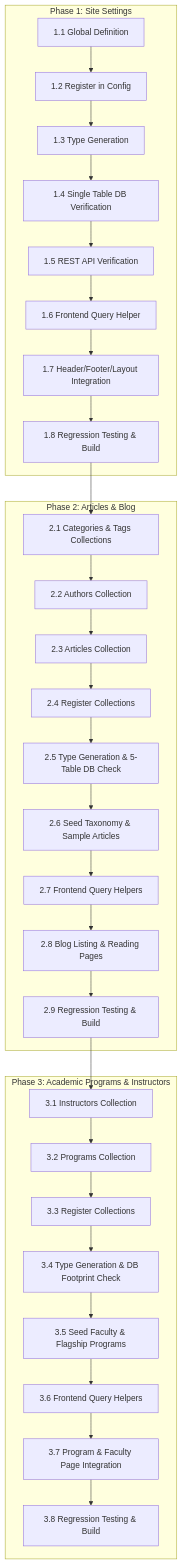
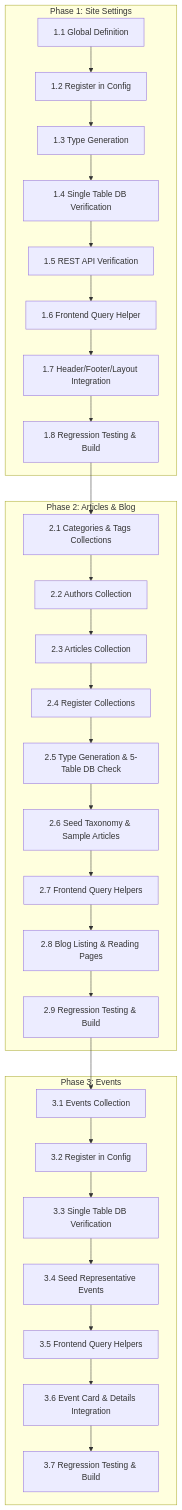
The diagram in docs/plans/README.md (nabePi/spi-web), drawn with Mermaid before and after one commit. The commit also changed other lines of this file and 11 other files, not shown here.

````diff
--- a/docs/plans/README.md
+++ b/docs/plans/README.md
@@ -9,36 +9,35 @@
 ```mermaid
 flowchart TD
     subgraph Phase 1: Site Settings
         A1[1.1 Global Definition] --> A2[1.2 Register in Config]
         A2 --> A3[1.3 Type Generation]
         A3 --> A4[1.4 Single Table DB Verification]
         A4 --> A5[1.5 REST API Verification]
         A5 --> A6[1.6 Frontend Query Helper]
         A6 --> A7[1.7 Header/Footer/Layout Integration]
         A7 --> A8[1.8 Regression Testing & Build]
     end
 
     subgraph Phase 2: Articles & Blog
         B1[2.1 Categories & Tags Collections] --> B2[2.2 Authors Collection]
         B2 --> B3[2.3 Articles Collection]
         B3 --> B4[2.4 Register Collections]
         B4 --> B5[2.5 Type Generation & 5-Table DB Check]
         B5 --> B6[2.6 Seed Taxonomy & Sample Articles]
         B6 --> B7[2.7 Frontend Query Helpers]
         B7 --> B8[2.8 Blog Listing & Reading Pages]
         B8 --> B9[2.9 Regression Testing & Build]
     end
 
-    subgraph Phase 3: Academic Programs & Instructors
-        C1[3.1 Instructors Collection] --> C2[3.2 Programs Collection]
-        C2 --> C3[3.3 Register Collections]
-        C3 --> C4[3.4 Type Generation & DB Footprint Check]
-        C4 --> C5[3.5 Seed Faculty & Flagship Programs]
-        C5 --> C6[3.6 Frontend Query Helpers]
-        C6 --> C7[3.7 Program & Faculty Page Integration]
-        C7 --> C8[3.8 Regression Testing & Build]
+    subgraph Phase 3: Events
+        C1[3.1 Events Collection] --> C2[3.2 Register in Config]
+        C2 --> C3[3.3 Single Table DB Verification]
+        C3 --> C4[3.4 Seed Representative Events]
+        C4 --> C5[3.5 Frontend Query Helpers]
+        C5 --> C6[3.6 Event Card & Details Integration]
+        C6 --> C7[3.7 Regression Testing & Build]
     end
 
     A8 --> B1
     B9 --> C1
 ```
````
